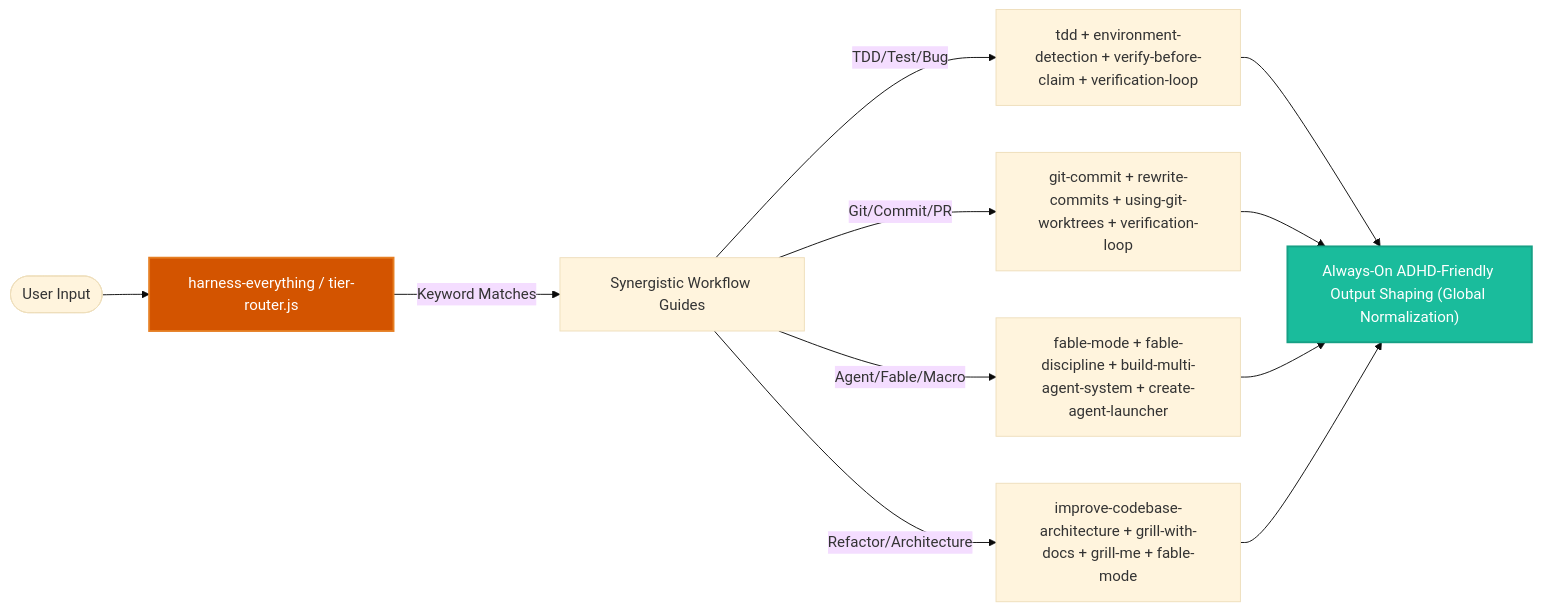
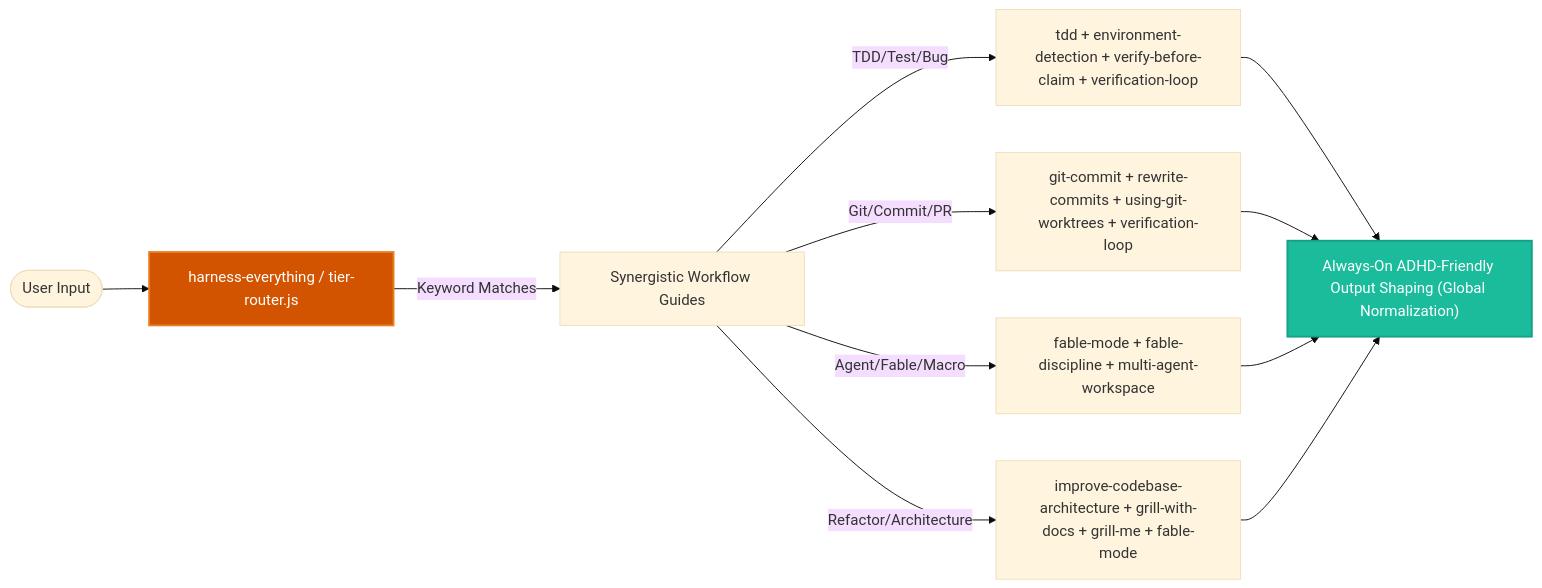
Before and after one commit to dyphn1/Harness-everything: the second of 3 diagrams in docs/workflows/harness-everything.md, drawn with Mermaid (base theme). The commit also changed 77 other files, not shown here.

Commit message:
feat(multi-agent): Unify workspace and specialist launcher

````diff
--- a/docs/workflows/harness-everything.md
+++ b/docs/workflows/harness-everything.md
@@ -44,19 +44,19 @@
 ```mermaid
 graph LR
   UserPrompt([User Input]) --> Router["harness-everything / tier-router.js"]
   
   Router -->|Keyword Matches| Guides["Synergistic Workflow Guides"]
   
   Guides -->|TDD/Test/Bug| Ch1["tdd + environment-detection + verify-before-claim + verification-loop"]
   Guides -->|Git/Commit/PR| Ch2["git-commit + rewrite-commits + using-git-worktrees + verification-loop"]
-  Guides -->|Agent/Fable/Macro| Ch3["fable-mode + fable-discipline + build-multi-agent-system + create-agent-launcher"]
+  Guides -->|Agent/Fable/Macro| Ch3["fable-mode + fable-discipline + multi-agent-workspace"]
   Guides -->|Refactor/Architecture| Ch4["improve-codebase-architecture + grill-with-docs + grill-me + fable-mode"]
   
   Ch1 --> ADHD["Always-On ADHD-Friendly Output Shaping (Global Normalization)"]
   Ch2 --> ADHD
   Ch3 --> ADHD
   Ch4 --> ADHD
   
   style Router fill:#d35400,stroke:#e67e22,stroke-width:2px,color:#ffffff
   style ADHD fill:#1abc9c,stroke:#16a085,stroke-width:2px,color:#ffffff
 ```
````
